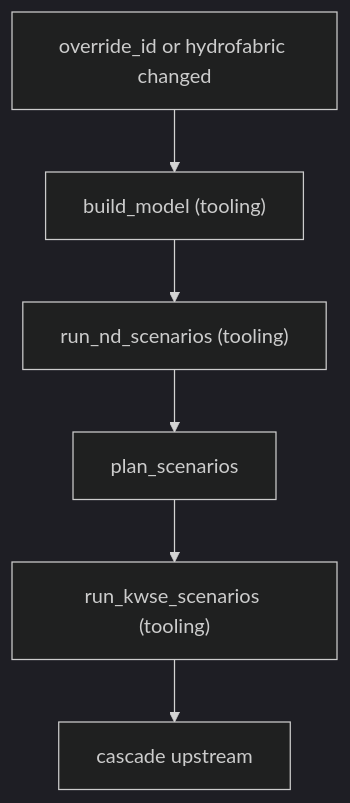
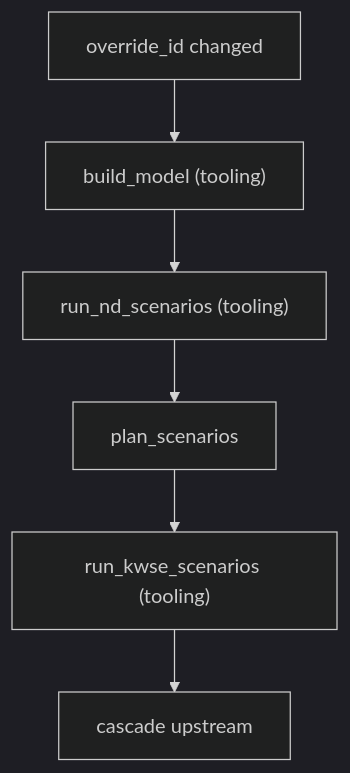
One commit to NOAA-OWP/twod-fim-knowledge-base changed the first of 6 diagrams in system-design/triggers-and-propagation.md. Above: the diagram before and after it, drawn with Mermaid (dark theme). The commit also changed other lines of this file and 4 other files, not shown here.

Commit message:
Update guides based on db schema

````diff
--- a/system-design/triggers-and-propagation.md
+++ b/system-design/triggers-and-propagation.md
@@ -52,8 +50,8 @@
 ```mermaid
 flowchart TD
-    T["override_id or hydrofabric changed"] --> Build["build_model (tooling)"]
+    T["override_id changed"] --> Build["build_model (tooling)"]
     Build --> ND["run_nd_scenarios (tooling)"]
     ND --> Plan["plan_scenarios"]
     Plan --> KWSE["run_kwse_scenarios (tooling)"]
     KWSE --> Prop["cascade upstream"]
 ```
````
